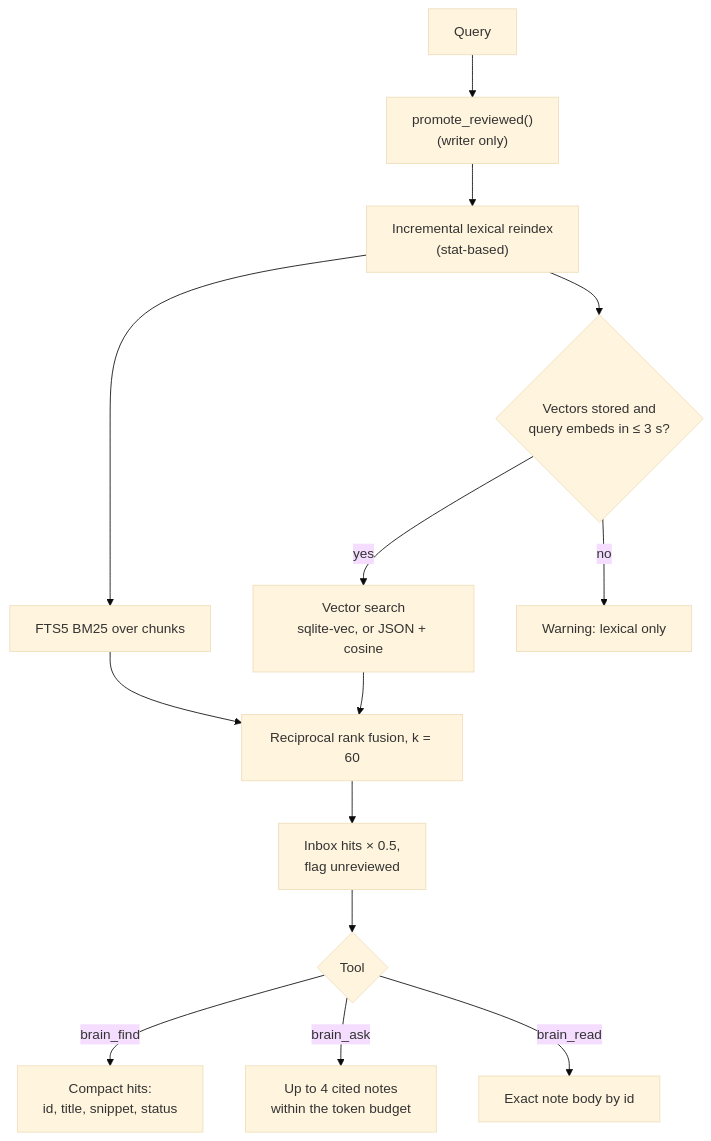
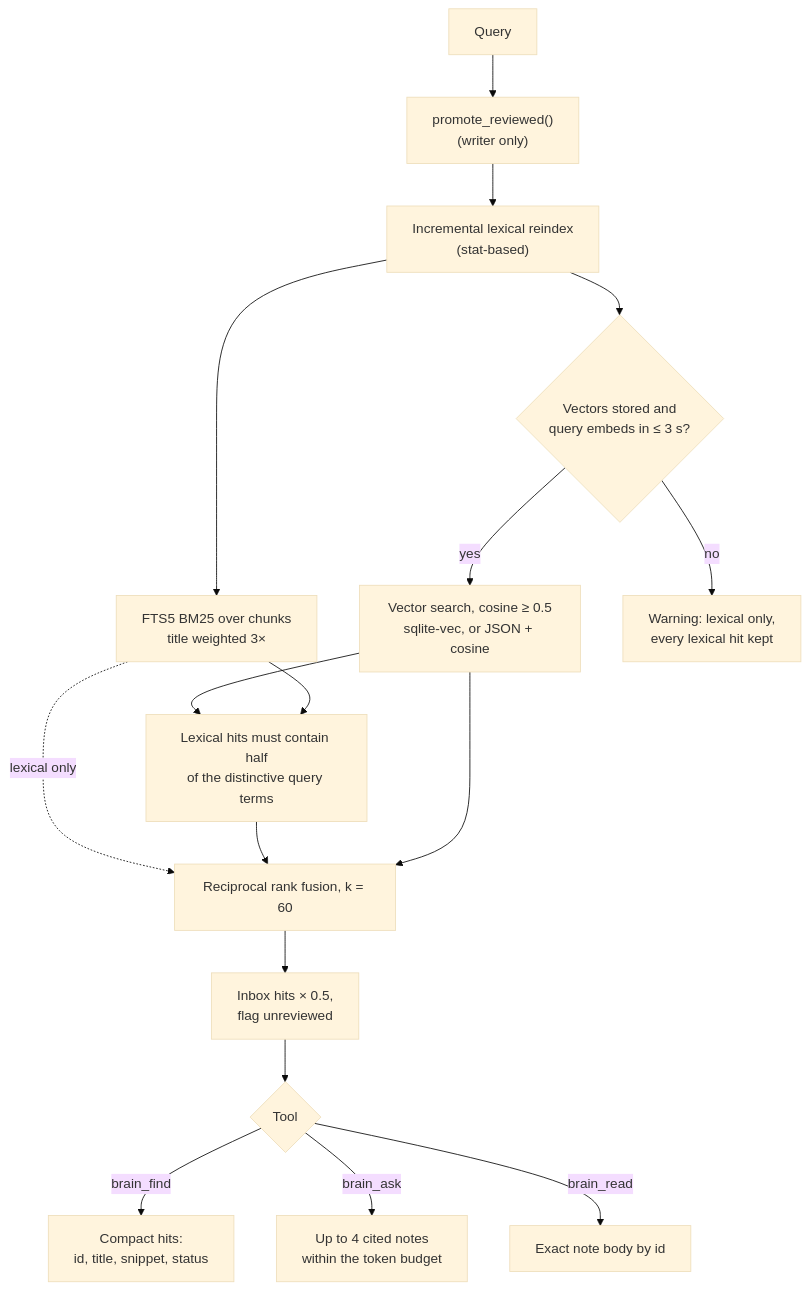
One commit to 0xSenzel/second-brain-runtime changed the sixth of 10 diagrams in docs/ARCHITECTURE.md. Above: the diagram before and after it, drawn with Mermaid (base theme). The commit also changed other lines of this file, not shown here.

Commit message:
Document the schema 4 architecture with Mermaid diagrams

````diff
--- a/docs/ARCHITECTURE.md
+++ b/docs/ARCHITECTURE.md
@@ -200,16 +200,19 @@
 ```mermaid
 flowchart TB
     q["Query"] --> promote["promote_reviewed()<br/>(writer only)"]
     promote --> refresh["Incremental lexical reindex<br/>(stat-based)"]
-    refresh --> fts["FTS5 BM25 over chunks"]
+    refresh --> fts["FTS5 BM25 over chunks<br/>title weighted 3×"]
     refresh --> vecq{"Vectors stored and<br/>query embeds in ≤ 3 s?"}
-    vecq -- "yes" --> vec["Vector search<br/>sqlite-vec, or JSON + cosine"]
-    vecq -- "no" --> warn["Warning: lexical only"]
-    fts --> rrf["Reciprocal rank fusion, k = 60"]
+    vecq -- "yes" --> vec["Vector search, cosine ≥ 0.5<br/>sqlite-vec, or JSON + cosine"]
+    vecq -- "no" --> warn["Warning: lexical only,<br/>every lexical hit kept"]
+    vec --> gate["Lexical hits must contain half<br/>of the distinctive query terms"]
+    fts --> gate
+    fts -. "lexical only" .-> rrf
+    gate --> rrf["Reciprocal rank fusion, k = 60"]
     vec --> rrf
     rrf --> weight["Inbox hits × 0.5,<br/>flag unreviewed"]
     weight --> out{"Tool"}
     out -- "brain_find" --> find["Compact hits:<br/>id, title, snippet, status"]
     out -- "brain_ask" --> ask["Up to 4 cited notes<br/>within the token budget"]
     out -- "brain_read" --> readn["Exact note body by id"]
 ```
````
